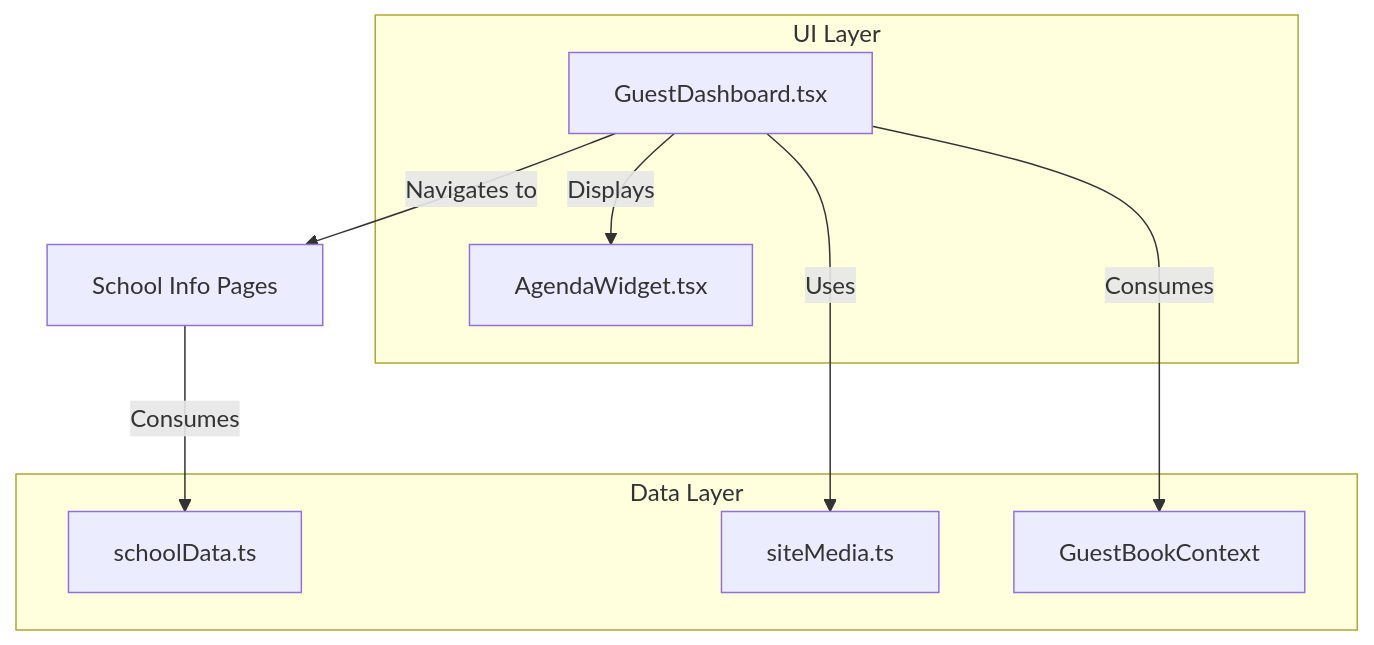
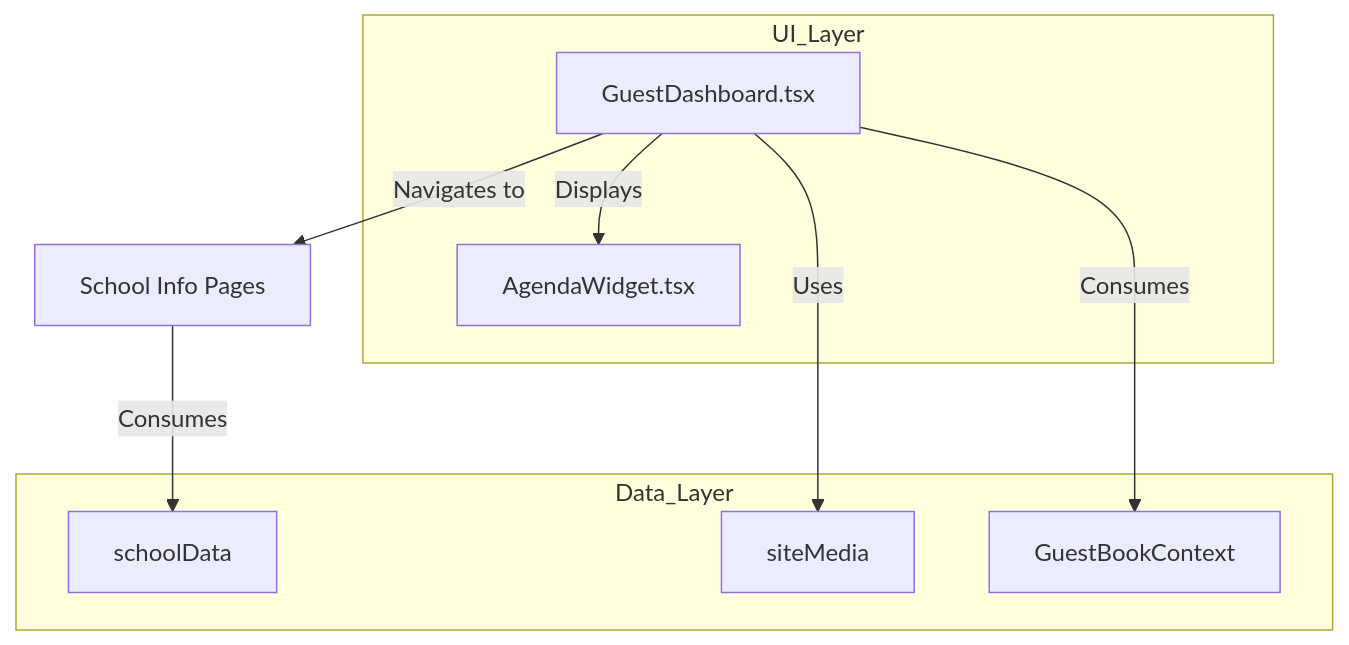
One commit to Delta-Polder-Indonesia/siakad-sekolah changed diagram 17 of 24 in README.md. Above: the diagram before and after it, drawn with Mermaid. The commit also changed other lines of this file and 13 other files, not shown here.

````diff
--- a/README.md
+++ b/README.md
@@ -790,20 +790,20 @@
 ```mermaid
 graph TD
-    subgraph "UI Layer"
+    subgraph UI_Layer
         GD["GuestDashboard.tsx"]
         AW["AgendaWidget.tsx"]
     end
 
-    subgraph "Data Layer"
-        SD["schoolData.ts"]
-        SM["siteMedia.ts"]
+    subgraph Data_Layer
+        SD["schoolData"]
+        SM["siteMedia"]
         GBC["GuestBookContext"]
     end
 
     GD -->|Uses| SM
     GD -->|Displays| AW
     GD -->|Consumes| GBC
     GD -->|Navigates to| InfoPages["School Info Pages"]
 
     InfoPages -->|Consumes| SD
 ```
````
